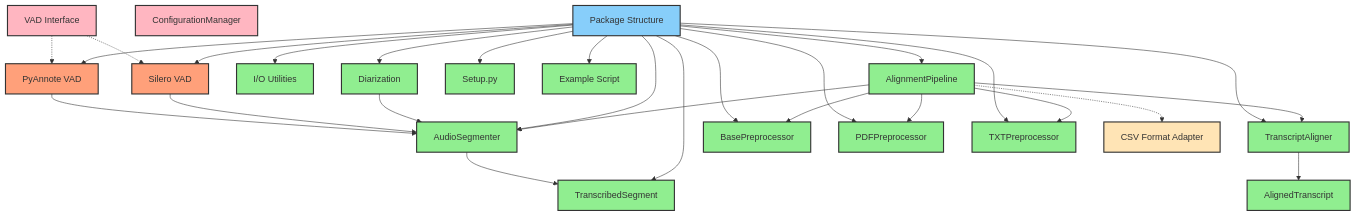
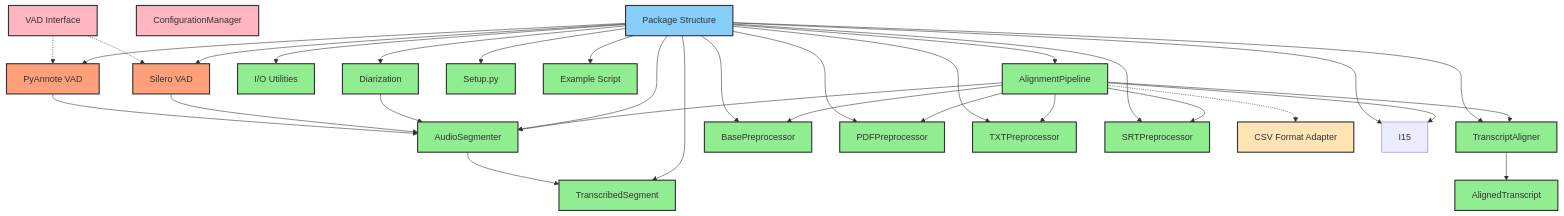
One commit to SamuelPfisterer/multilingual-tts-parliament-dataset-audio-text-alignment changed the diagram in testing/own_pipeline/parliament_transcript_aligner/docs/diagrams/implementation_status.md. Above: the diagram before and after it, drawn with Mermaid. The commit also changed other lines of this file and 8 other files, not shown here.

````diff
--- a/testing/own_pipeline/parliament_transcript_aligner/docs/diagrams/implementation_status.md
+++ b/testing/own_pipeline/parliament_transcript_aligner/docs/diagrams/implementation_status.md
@@ -5,62 +5,67 @@
 ```mermaid
 graph TB
     classDef implemented fill:#90EE90,stroke:#333,stroke-width:2px
     classDef inprogress fill:#87CEFA,stroke:#333,stroke-width:2px
     classDef notstarted fill:#FFB6C1,stroke:#333,stroke-width:2px
     classDef tbd fill:#FFE4B5,stroke:#333,stroke-width:2px
     classDef needsrefactor fill:#FFA07A,stroke:#333,stroke-width:2px
 
     %% Implemented Components
     I1[TranscribedSegment]:::implemented
     I2[AlignedTranscript]:::implemented
     I3[AudioSegmenter]:::implemented
     I4[TranscriptAligner]:::implemented
     I5[PyAnnote VAD]:::needsrefactor
     I6[Silero VAD]:::needsrefactor
     I7[I/O Utilities]:::implemented
     I8[Diarization]:::implemented
     I9[Setup.py]:::implemented
     I10[Example Script]:::implemented
     I11[BasePreprocessor]:::implemented
     I12[PDFPreprocessor]:::implemented
     I13[TXTPreprocessor]:::implemented
-    I14[AlignmentPipeline]:::implemented
+    I14[SRTPreprocessor]:::implemented
+    I16[AlignmentPipeline]:::implemented
     
     %% In Progress Components
     P1[Package Structure]:::inprogress
     
     %% Not Started Components
     N1[ConfigurationManager]:::notstarted
     N2[VAD Interface]:::notstarted
     
     %% Components Requiring Discussion
     T1[CSV Format Adapter]:::tbd
 
     %% Connections
     I3 --> I1
     I4 --> I2
     I5 --> I3
     I6 --> I3
     I8 --> I3
     N2 -.-> I5
     N2 -.-> I6
     P1 --> I1
     P1 --> I3
     P1 --> I4
     P1 --> I5
     P1 --> I6
     P1 --> I7
     P1 --> I8
     P1 --> I9
     P1 --> I10
     P1 --> I11
     P1 --> I12
     P1 --> I13
     P1 --> I14
-    I14 --> I3
-    I14 --> I4
-    I14 --> I11
-    I14 --> I12
-    I14 --> I13
-    I14 -.-> T1
+    P1 --> I15
+    P1 --> I16
+    I16 --> I3
+    I16 --> I4
+    I16 --> I11
+    I16 --> I12
+    I16 --> I13
+    I16 --> I14
+    I16 --> I15
+    I16 -.-> T1
 ```
````
